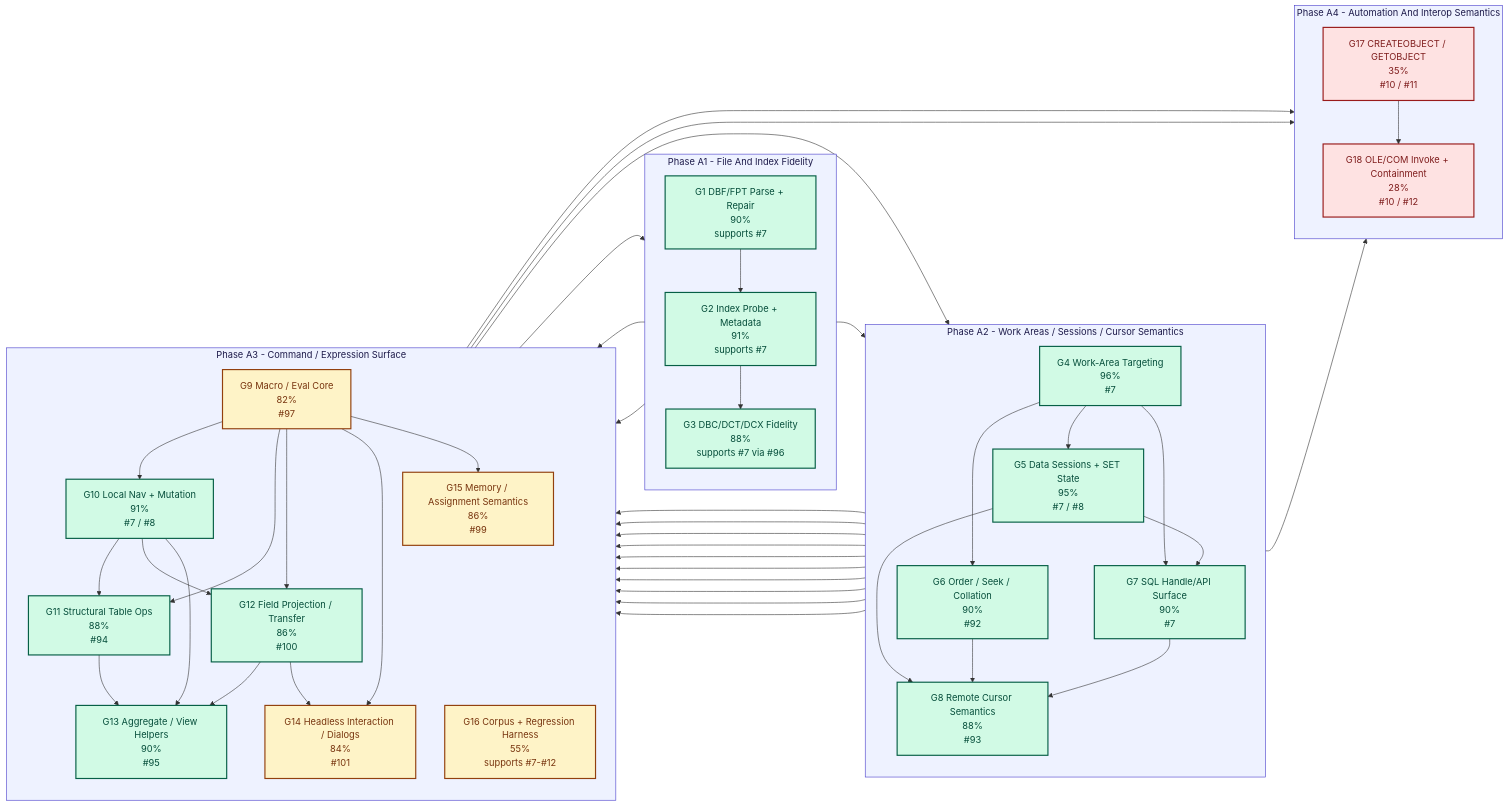
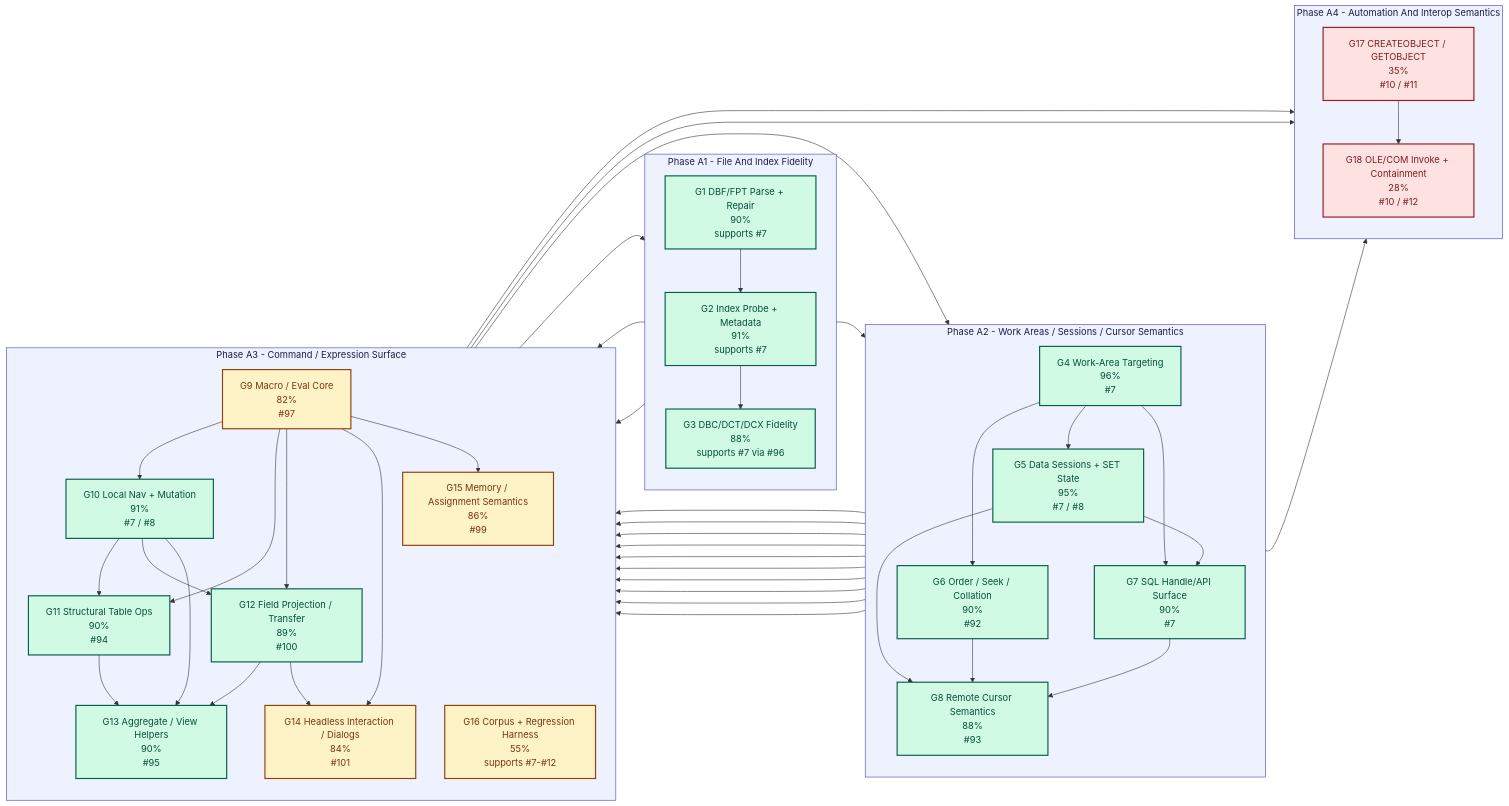
Before and after one commit to rhamenator/Project-Copperfin: the first of 3 diagrams in docs/23-phase-a-dependency-breakdown.md, drawn with Mermaid. The commit also changed other lines of this file and 8 other files, not shown here.

```diff
--- a/docs/23-phase-a-dependency-breakdown.md
+++ b/docs/23-phase-a-dependency-breakdown.md
@@ -99,8 +99,8 @@
         direction TB
         G9["G9 Macro / Eval Core<br/>82%<br/>#97"]
         G10["G10 Local Nav + Mutation<br/>91%<br/>#7 / #8"]
-        G11["G11 Structural Table Ops<br/>88%<br/>#94"]
-        G12["G12 Field Projection / Transfer<br/>86%<br/>#100"]
+        G11["G11 Structural Table Ops<br/>90%<br/>#94"]
+        G12["G12 Field Projection / Transfer<br/>89%<br/>#100"]
         G13["G13 Aggregate / View Helpers<br/>90%<br/>#95"]
         G14["G14 Headless Interaction / Dialogs<br/>84%<br/>#101"]
         G15["G15 Memory / Assignment Semantics<br/>86%<br/>#99"]
```
